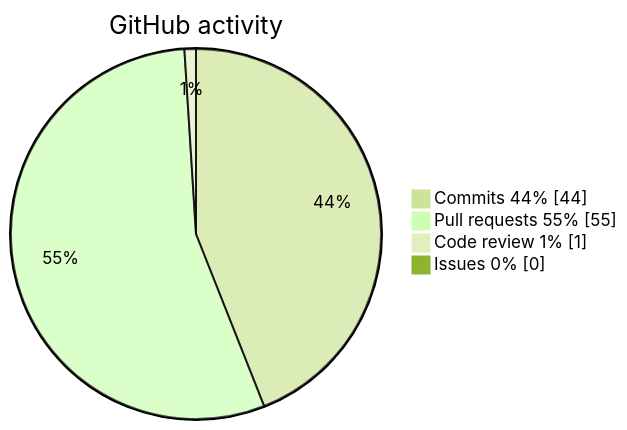
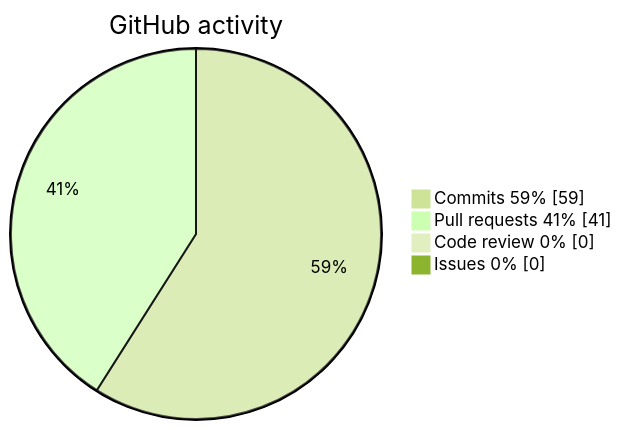
One commit to krotname/KrotName changed the diagram in README.en.md. Above: the diagram before and after it, drawn with Mermaid (forest theme). The commit also changed other lines of this file and 1 other file, not shown here.

Commit message:
Update profile metrics

````diff
--- a/README.en.md
+++ b/README.en.md
@@ -48,8 +48,8 @@
 ```mermaid
 pie showData
     title GitHub activity
-    "Commits 44%" : 44
-    "Pull requests 55%" : 55
-    "Code review 1%" : 1
+    "Commits 59%" : 59
+    "Pull requests 41%" : 41
+    "Code review 0%" : 0
     "Issues 0%" : 0
 ```
````
